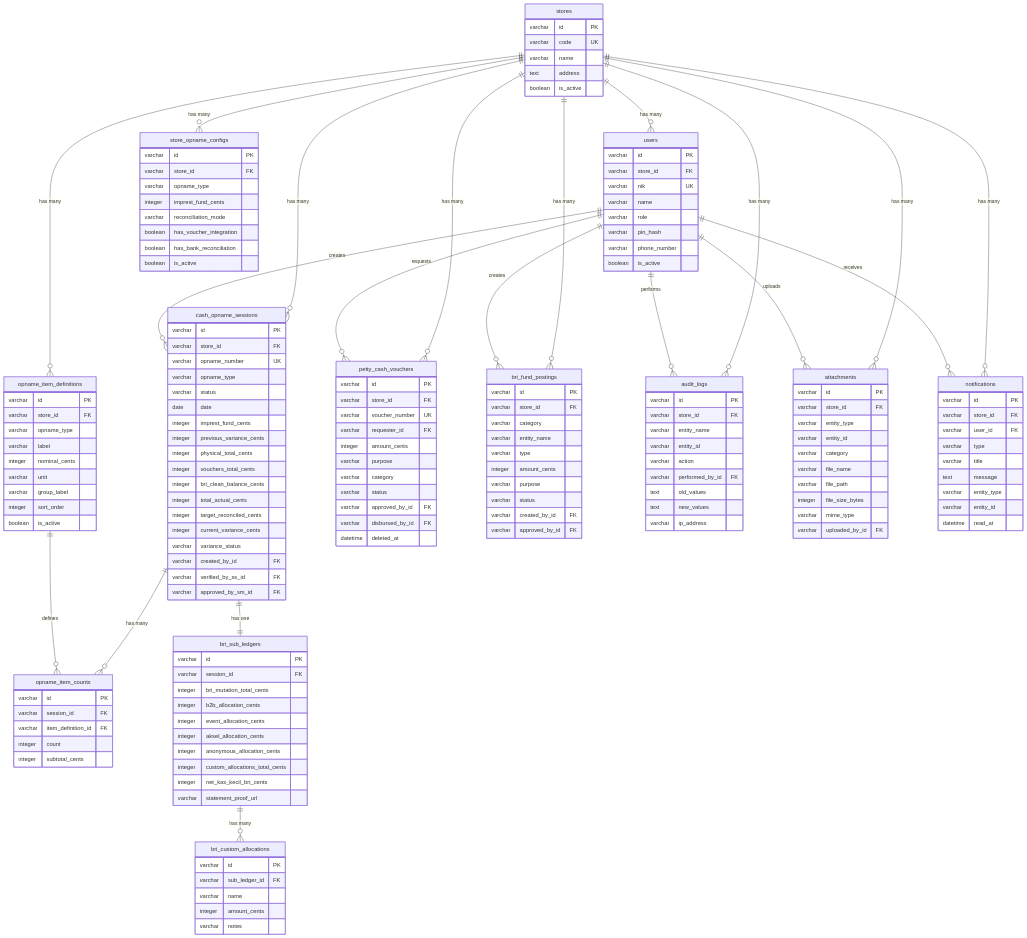
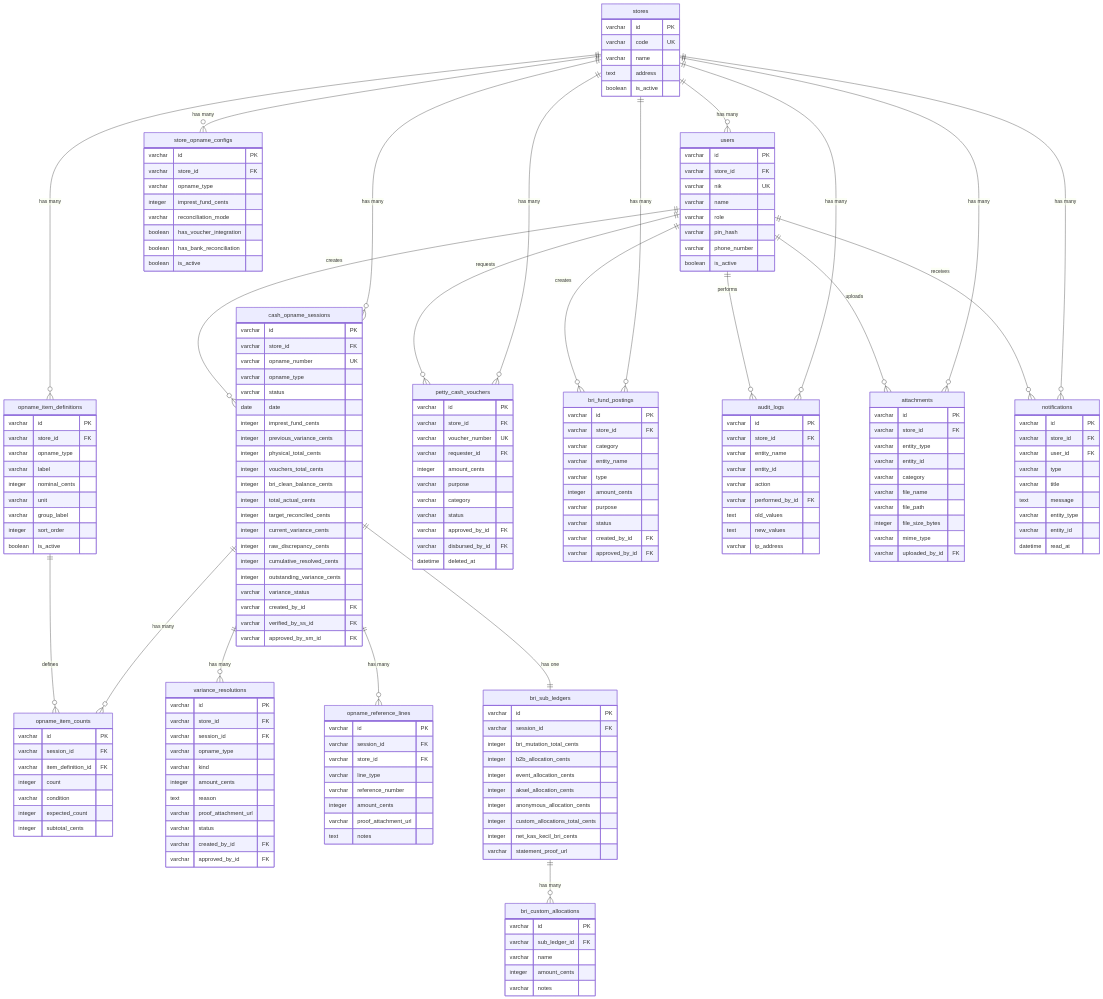
The diagram in docs/08-erd.md (bintangarama/GCOINS), drawn with Mermaid before and after one commit. The commit also changed 199 other files, not shown here.

```diff
--- a/docs/08-erd.md
+++ b/docs/08-erd.md
@@ -22,6 +22,8 @@
     users ||--o{ notifications : "receives"
 
     cash_opname_sessions ||--o{ opname_item_counts : "has many"
+    cash_opname_sessions ||--o{ variance_resolutions : "has many"
+    cash_opname_sessions ||--o{ opname_reference_lines : "has many"
     cash_opname_sessions ||--|| bri_sub_ledgers : "has one"
 
     opname_item_definitions ||--o{ opname_item_counts : "defines"
@@ -85,10 +87,38 @@
         integer total_actual_cents
         integer target_reconciled_cents
         integer current_variance_cents
+        integer raw_discrepancy_cents
+        integer cumulative_resolved_cents
+        integer outstanding_variance_cents
         varchar variance_status
         varchar created_by_id FK
         varchar verified_by_ss_id FK
         varchar approved_by_sm_id FK
+    }
+
+    variance_resolutions {
+        varchar id PK
+        varchar store_id FK
+        varchar session_id FK
+        varchar opname_type
+        varchar kind
+        integer amount_cents
+        text reason
+        varchar proof_attachment_url
+        varchar status
+        varchar created_by_id FK
+        varchar approved_by_id FK
+    }
+
+    opname_reference_lines {
+        varchar id PK
+        varchar session_id FK
+        varchar store_id FK
+        varchar line_type
+        varchar reference_number
+        integer amount_cents
+        varchar proof_attachment_url
+        text notes
     }
 
     opname_item_counts {
@@ -96,6 +126,8 @@
         varchar session_id FK
         varchar item_definition_id FK
         integer count
+        varchar condition
+        integer expected_count
         integer subtotal_cents
     }
 
```
